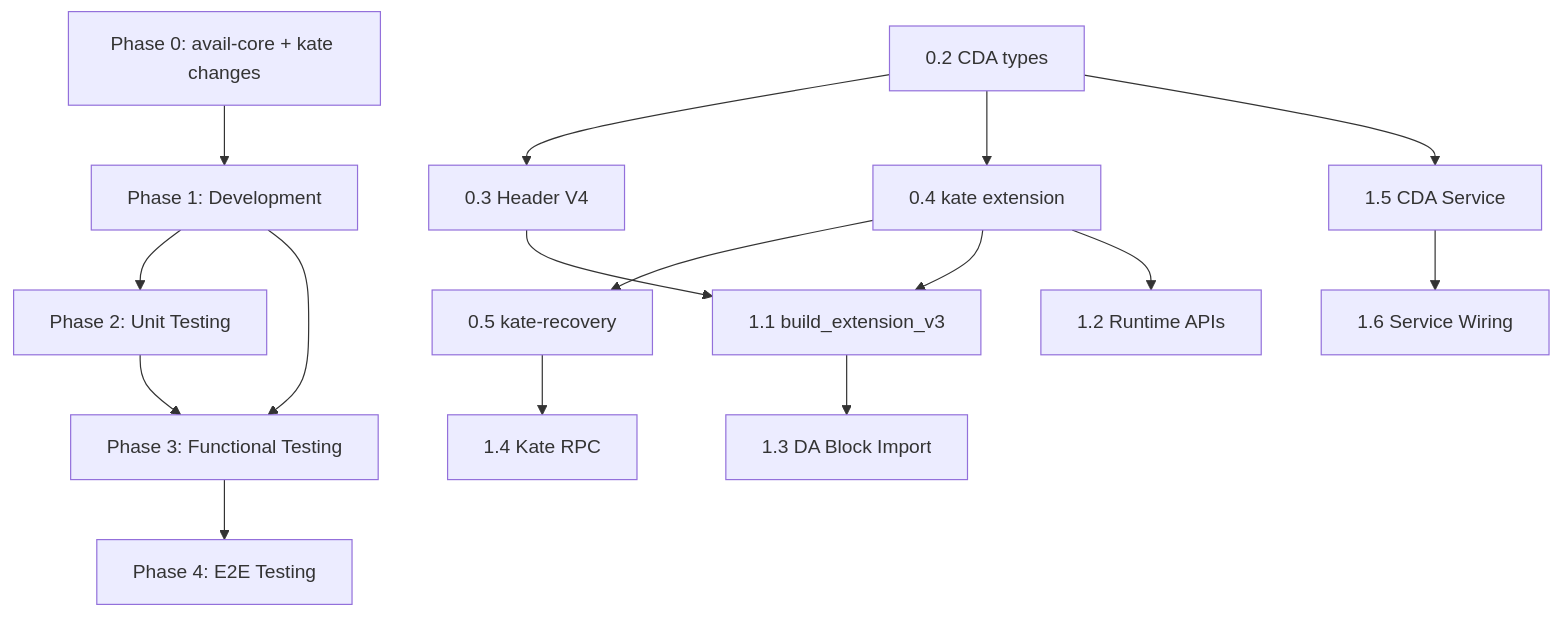
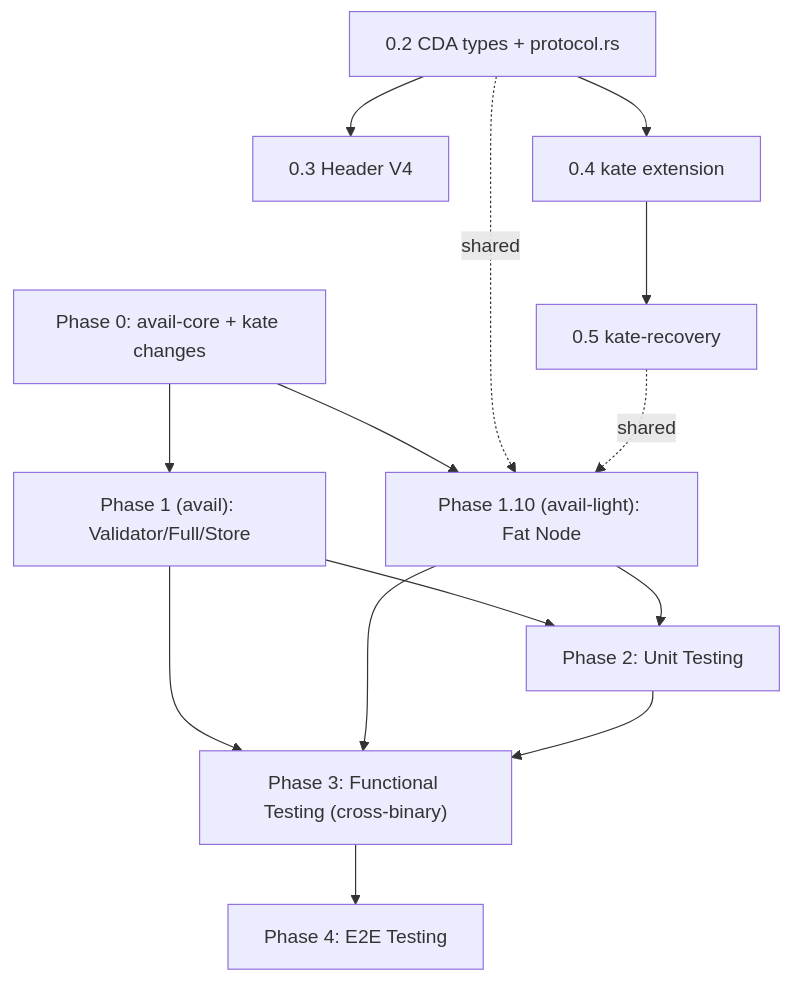
One commit to DataAvailabilityLayerNovel/engram-core changed the first of 2 diagrams in plan.md. Above: the diagram before and after it, drawn with Mermaid. The commit also changed other lines of this file and 23 other files, not shown here.

````diff
--- a/plan.md
+++ b/plan.md
@@ -981,19 +1266,17 @@
 ```mermaid
 graph TD
-    P0["Phase 0: avail-core + kate changes"] --> P1["Phase 1: Development"]
-    P1 --> P2["Phase 2: Unit Testing"]
-    P1 --> P3["Phase 3: Functional Testing"]
+    P0["Phase 0: avail-core + kate changes"] --> P1A["Phase 1 (avail): Validator/Full/Store"]
+    P0 --> P1B["Phase 1.10 (avail-light): Fat Node"]
+    P1A --> P2["Phase 2: Unit Testing"]
+    P1B --> P2
+    P1A --> P3["Phase 3: Functional Testing (cross-binary)"]
+    P1B --> P3
     P2 --> P3
     P3 --> P4["Phase 4: E2E Testing"]
-    
-    P0_1["0.2 CDA types"] --> P0_3["0.3 Header V4"]
+
+    P0_1["0.2 CDA types + protocol.rs"] --> P0_3["0.3 Header V4"]
     P0_1 --> P0_4["0.4 kate extension"]
     P0_4 --> P0_5["0.5 kate-recovery"]
-    P0_3 --> P1_1["1.1 build_extension_v3"]
-    P0_4 --> P1_1
-    P0_4 --> P1_2["1.2 Runtime APIs"]
-    P0_5 --> P1_4["1.4 Kate RPC"]
-    P0_1 --> P1_5["1.5 CDA Service"]
-    P1_1 --> P1_3["1.3 DA Block Import"]
-    P1_5 --> P1_6["1.6 Service Wiring"]
+    P0_1 -.shared.-> P1B
+    P0_5 -.shared.-> P1B
 ```
````
